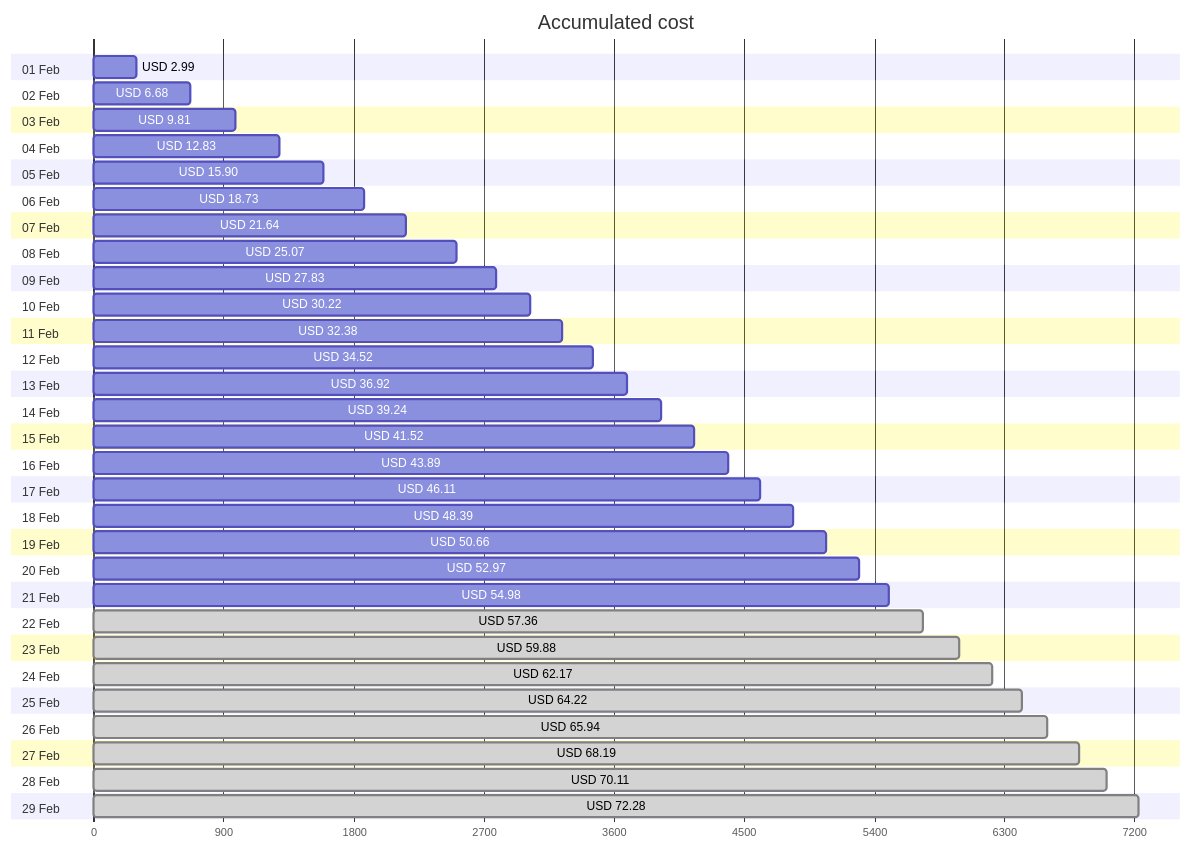
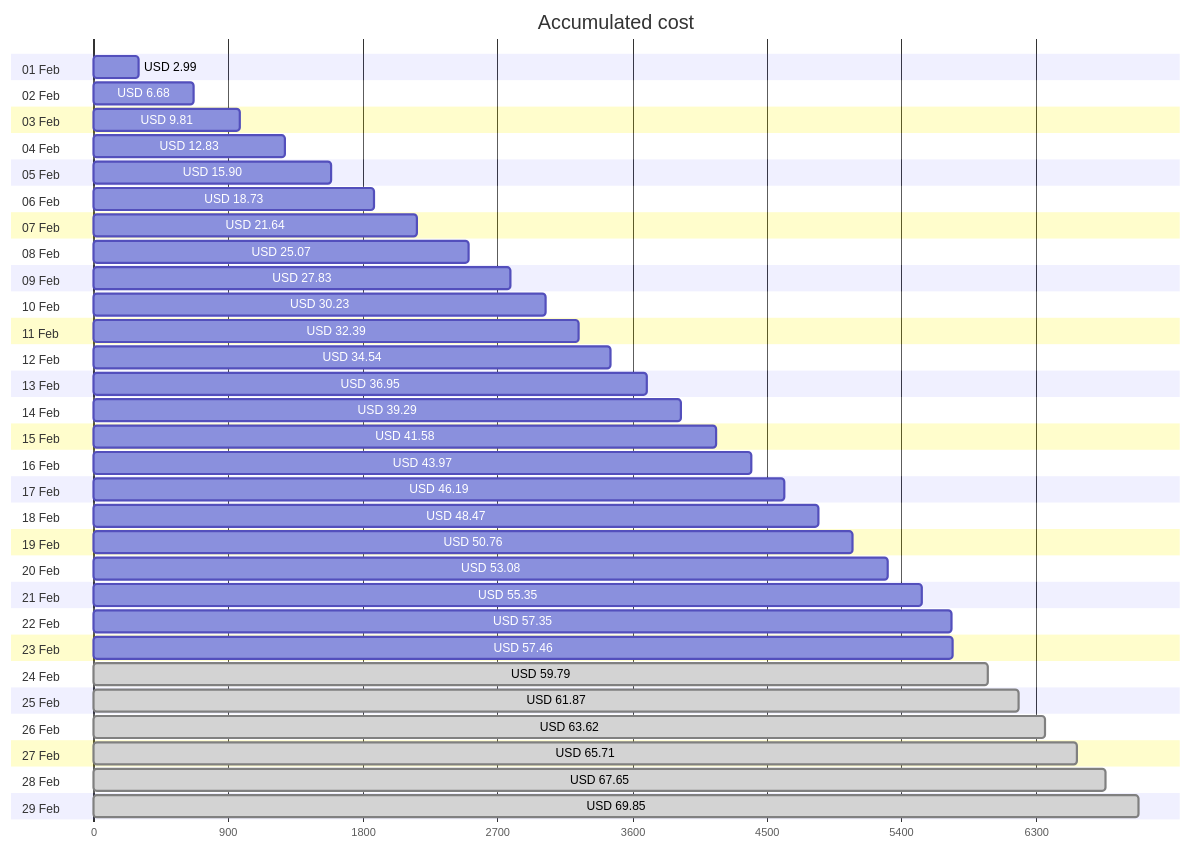
The first of 4 diagrams in cost-reports/accumulated-cost.md (jpfulton/azure-personal-reports), drawn with Mermaid before and after one commit. The commit also changed other lines of this file and 4 other files, not shown here.

````diff
--- a/cost-reports/accumulated-cost.md
+++ b/cost-reports/accumulated-cost.md
@@ -20,64 +20,64 @@
 ```mermaid
 gantt
    title Accumulated cost
    dateFormat  X
    axisFormat %s
    section 01 Feb
    USD 2.99 :0, 299
    section 02 Feb
    USD 6.68 :0, 668
    section 03 Feb
    USD 9.81 :0, 981
    section 04 Feb
    USD 12.83 :0, 1283
    section 05 Feb
    USD 15.90 :0, 1590
    section 06 Feb
    USD 18.73 :0, 1873
    section 07 Feb
    USD 21.64 :0, 2164
    section 08 Feb
    USD 25.07 :0, 2507
    section 09 Feb
    USD 27.83 :0, 2783
    section 10 Feb
-   USD 30.22 :0, 3022
+   USD 30.23 :0, 3023
    section 11 Feb
-   USD 32.38 :0, 3238
+   USD 32.39 :0, 3239
    section 12 Feb
-   USD 34.52 :0, 3452
+   USD 34.54 :0, 3454
    section 13 Feb
-   USD 36.92 :0, 3692
+   USD 36.95 :0, 3695
    section 14 Feb
-   USD 39.24 :0, 3924
+   USD 39.29 :0, 3929
    section 15 Feb
-   USD 41.52 :0, 4152
+   USD 41.58 :0, 4158
    section 16 Feb
-   USD 43.89 :0, 4389
+   USD 43.97 :0, 4397
    section 17 Feb
-   USD 46.11 :0, 4611
+   USD 46.19 :0, 4619
    section 18 Feb
-   USD 48.39 :0, 4839
+   USD 48.47 :0, 4847
    section 19 Feb
-   USD 50.66 :0, 5066
+   USD 50.76 :0, 5076
    section 20 Feb
-   USD 52.97 :0, 5297
+   USD 53.08 :0, 5308
    section 21 Feb
-   USD 54.98 :0, 5498
+   USD 55.35 :0, 5535
    section 22 Feb
-   USD 57.36 : done, 0, 5736
+   USD 57.35 :0, 5735
    section 23 Feb
-   USD 59.88 : done, 0, 5988
+   USD 57.46 :0, 5746
    section 24 Feb
-   USD 62.17 : done, 0, 6217
+   USD 59.79 : done, 0, 5979
    section 25 Feb
-   USD 64.22 : done, 0, 6422
+   USD 61.87 : done, 0, 6187
    section 26 Feb
-   USD 65.94 : done, 0, 6594
+   USD 63.62 : done, 0, 6362
    section 27 Feb
-   USD 68.19 : done, 0, 6819
+   USD 65.71 : done, 0, 6571
    section 28 Feb
-   USD 70.11 : done, 0, 7011
+   USD 67.65 : done, 0, 6765
    section 29 Feb
-   USD 72.28 : done, 0, 7228
+   USD 69.85 : done, 0, 6985
 ```
````
